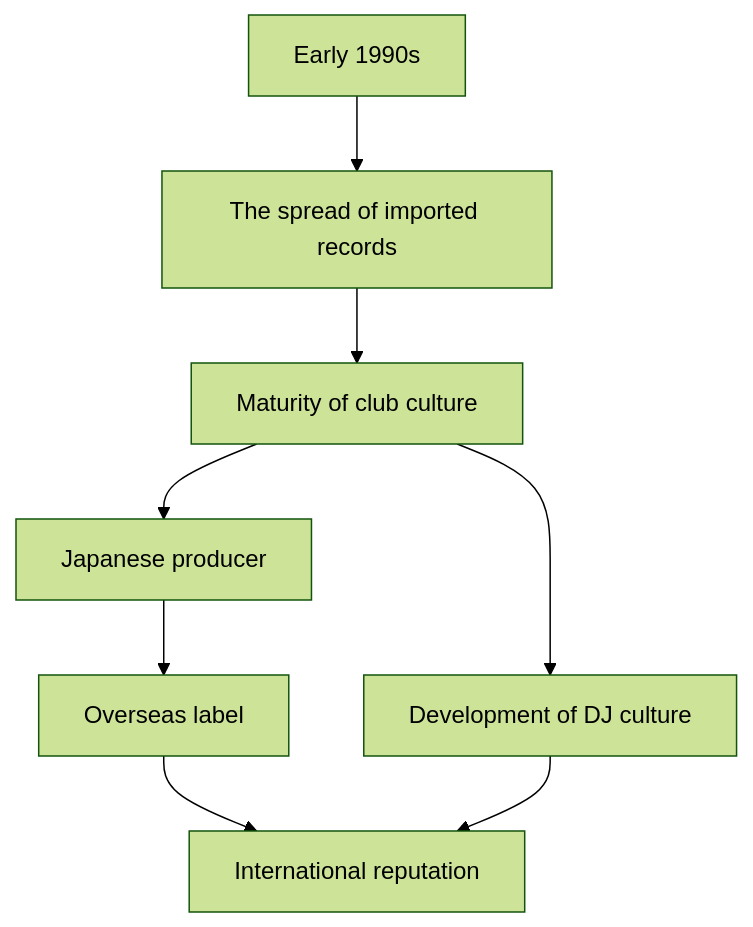
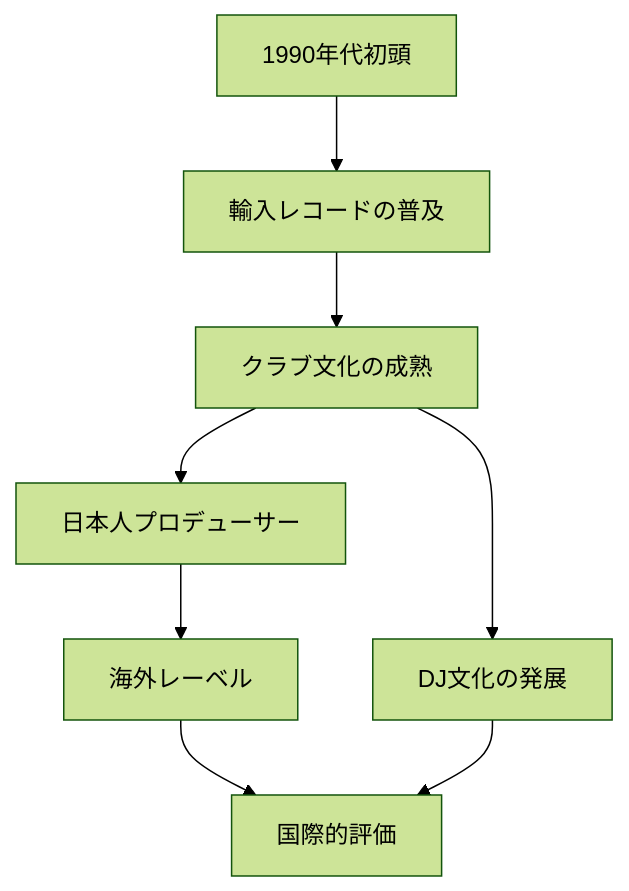
Before and after one commit to monumental-movement/monumental-movement.github.io: the second of 6 diagrams in en/_posts/2026-06-27-column-japanese-techno.md, drawn with Mermaid (forest theme). The commit also changed other lines of this file and 2196 other files, not shown here.

```diff
--- a/en/_posts/2026-06-27-column-japanese-techno.md
+++ b/en/_posts/2026-06-27-column-japanese-techno.md
@@ -258,20 +257,20 @@
 <div class="mermaid">
 flowchart TD
 
-A["Early 1990s"]
-B["The spread of imported records"]
-C["Maturity of club culture"]
-D["Development of DJ culture"]
-E["Japanese producer"]
-F["Overseas label"]
-G["International reputation"]
+A["1990年代初頭"]
+B["輸入レコードの普及"]
+C["クラブ文化の成熟"]
+D["DJ文化の発展"]
+E["日本人プロデューサー"]
+F["海外レーベル"]
+G["国際的評価"]
 
 A --> B
 B --> C
 C --> D
 C --> E
 E --> F
 F --> G
 D --> G
 
 </div>
```
